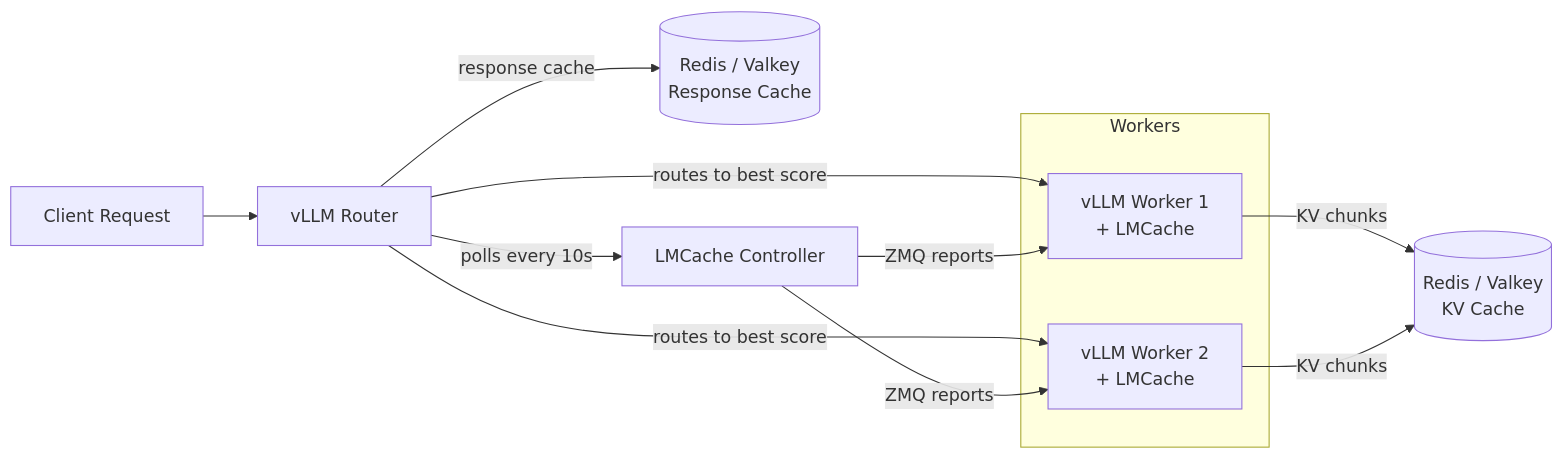
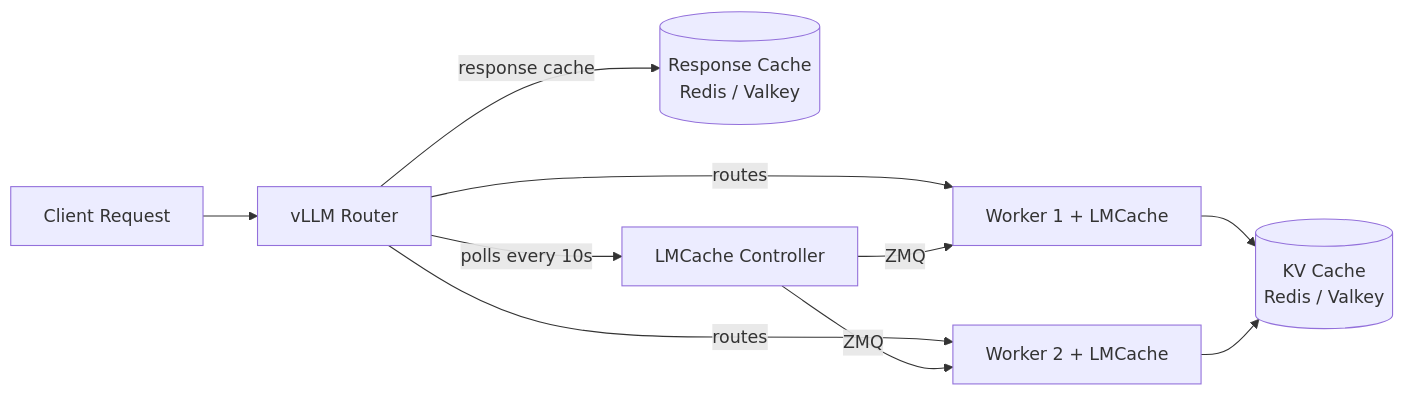
The first of 2 diagrams in 2026/03/06/vllm-router-lmcache-aware-routing.md (bet0x/barrahome-2026), drawn with Mermaid before and after one commit.

Commit message:
Fix mermaid: remove subgraph, simplify architecture diagram

```diff
--- a/2026/03/06/vllm-router-lmcache-aware-routing.md
+++ b/2026/03/06/vllm-router-lmcache-aware-routing.md
@@ -40,18 +40,12 @@
 <div class="mermaid">
 graph LR
     C[Client Request] --> R[vLLM Router]
-    R -->|response cache| RR[(Redis / Valkey<br/>Response Cache)]
+    R -->|response cache| RR[(Response Cache<br/>Redis / Valkey)]
     R -->|polls every 10s| LC[LMCache Controller]
-    R -->|routes to best score| W1
-    R -->|routes to best score| W2
-
-    subgraph Workers
-        W1[vLLM Worker 1<br/>+ LMCache]
-        W2[vLLM Worker 2<br/>+ LMCache]
-    end
-
-    LC -->|ZMQ reports| W1
-    LC -->|ZMQ reports| W2
-    W1 -->|KV chunks| RD[(Redis / Valkey<br/>KV Cache)]
-    W2 -->|KV chunks| RD
+    R -->|routes| W1[Worker 1 + LMCache]
+    R -->|routes| W2[Worker 2 + LMCache]
+    LC -->|ZMQ| W1
+    LC -->|ZMQ| W2
+    W1 --> RD[(KV Cache<br/>Redis / Valkey)]
+    W2 --> RD
 </div>
```
